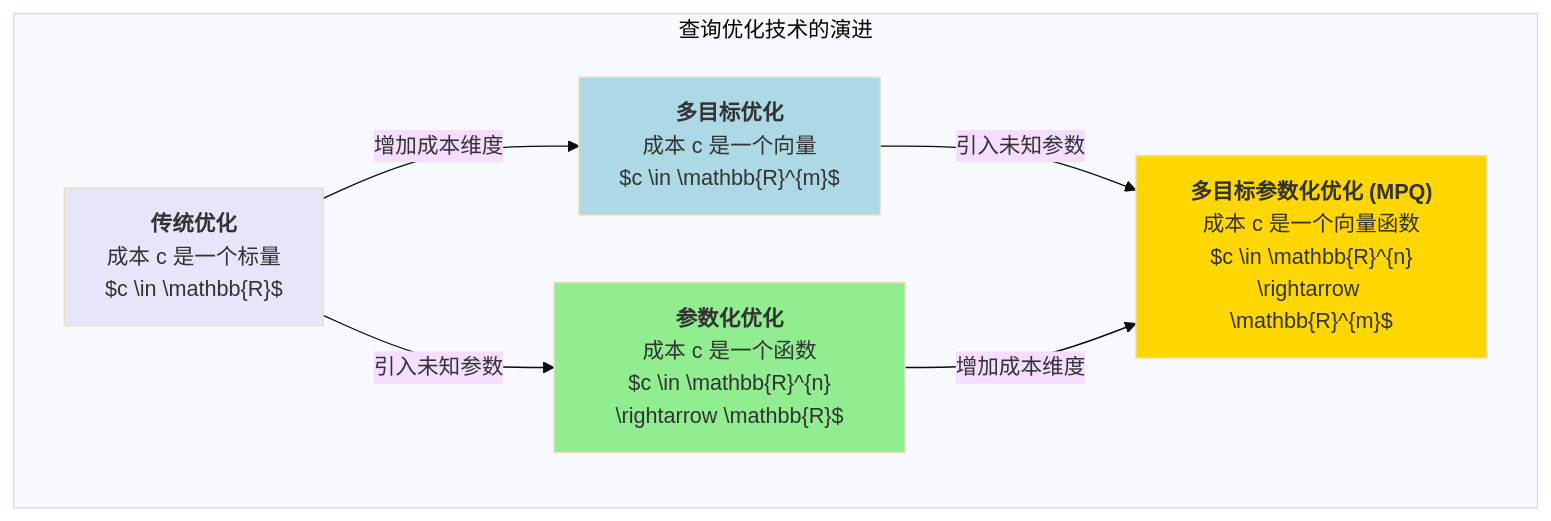
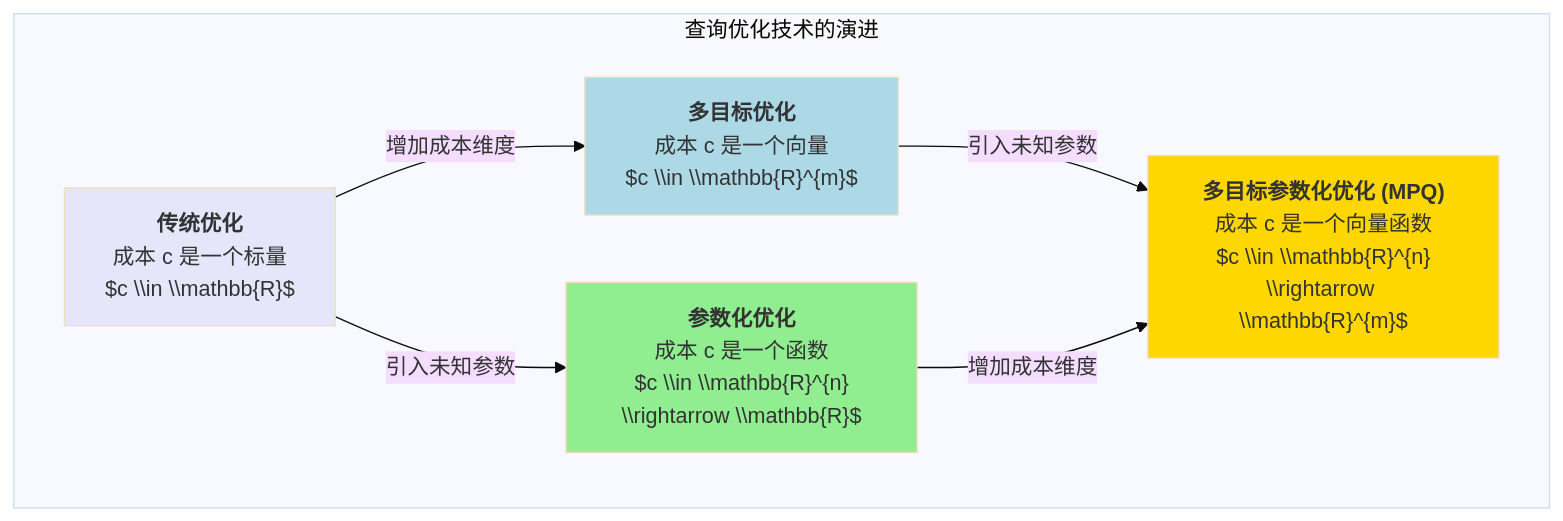
The first of 3 diagrams in 202510/20251011_08.md (digoal/blog), drawn with Mermaid (base theme) before and after one commit.

````diff
--- a/202510/20251011_08.md
+++ b/202510/20251011_08.md
@@ -90,19 +90,19 @@
 ```mermaid
 graph TD
     subgraph "查询优化技术的演进"
-        A[" <b>传统优化</b><br>成本 c 是一个标量<br> $c \in \mathbb{R}$ "]
-        B[" <b>多目标优化</b><br>成本 c 是一个向量<br> $c \in \mathbb{R}^{m}$ "]
-        C[" <b>参数化优化</b><br>成本 c 是一个函数<br> $c \in \mathbb{R}^{n} \rightarrow \mathbb{R}$ "]
-        D[" <b>多目标参数化优化 (MPQ)</b><br>成本 c 是一个向量函数<br> $c \in \mathbb{R}^{n} \rightarrow \mathbb{R}^{m}$ "]
+        A[" <b>传统优化</b><br>成本 c 是一个标量<br> $c \\in \\mathbb{R}$ "]
+        B[" <b>多目标优化</b><br>成本 c 是一个向量<br> $c \\in \\mathbb{R}^{m}$ "]
+        C[" <b>参数化优化</b><br>成本 c 是一个函数<br> $c \\in \\mathbb{R}^{n} \\rightarrow \\mathbb{R}$ "]
+        D[" <b>多目标参数化优化 (MPQ)</b><br>成本 c 是一个向量函数<br> $c \\in \\mathbb{R}^{n} \\rightarrow \\mathbb{R}^{m}$ "]
     end
 
     A -- "增加成本维度" --> B
     A -- "引入未知参数" --> C
     B -- "引入未知参数" --> D
     C -- "增加成本维度" --> D
 
     style A fill:#E6E6FA
     style B fill:#ADD8E6
     style C fill:#90EE90
     style D fill:#FFD700
 ```
````
